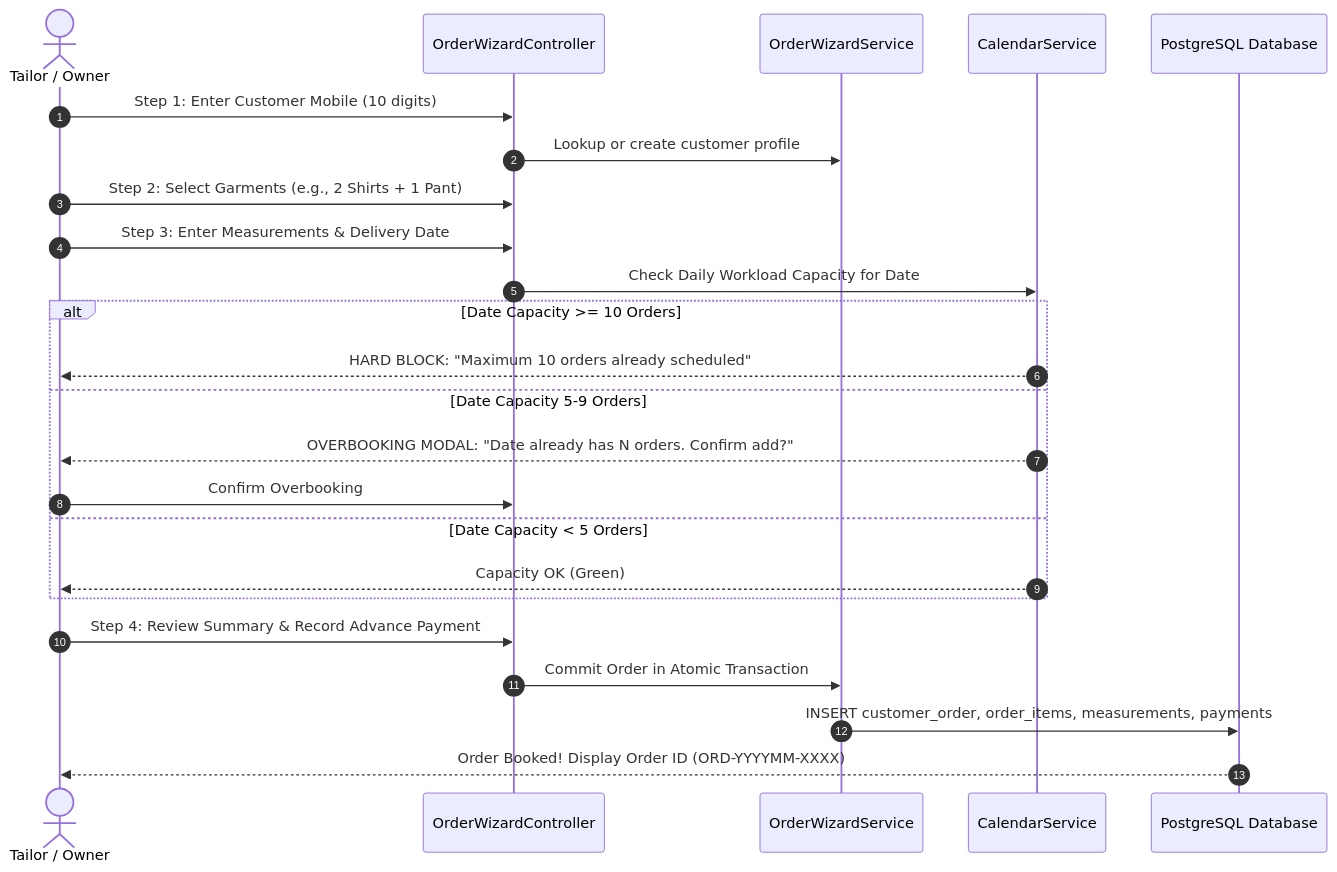
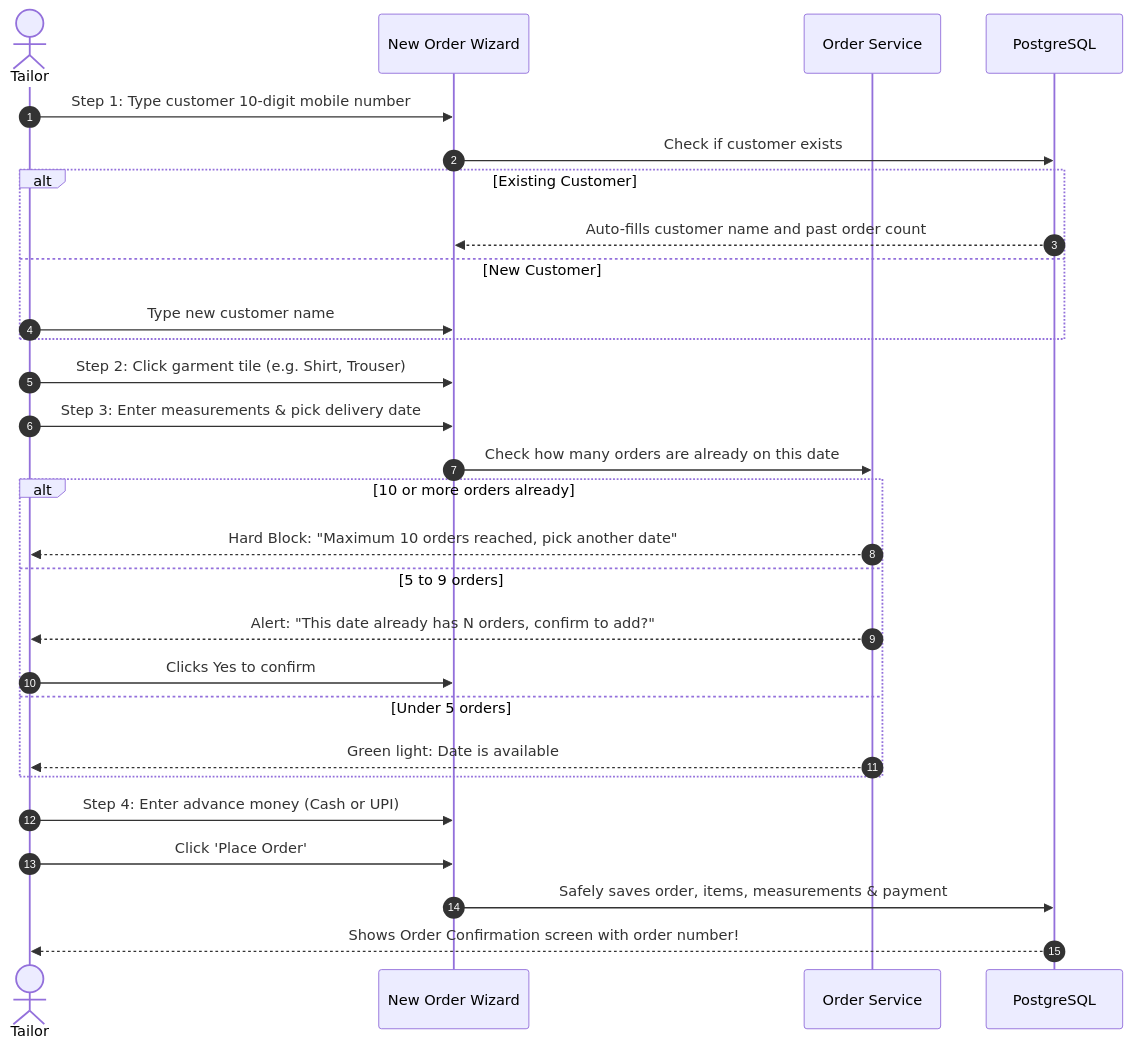
Before and after one commit to shubham-tankariya-01/geetanjali: the third of 4 diagrams in docs/02-SYSTEM_ARCHITECTURE_FLOWS_AND_ERD.md, drawn with Mermaid. The commit also changed other lines of this file and 7 other files, not shown here.

First line of the commit message:
docs: simplify documentation language and remove future roadmap

````diff
--- a/docs/02-SYSTEM_ARCHITECTURE_FLOWS_AND_ERD.md
+++ b/docs/02-SYSTEM_ARCHITECTURE_FLOWS_AND_ERD.md
@@ -212,27 +199,31 @@
 ```mermaid
 sequenceDiagram
     autonumber
-    actor Staff as Tailor / Owner
-    participant Wizard as OrderWizardController
-    participant Service as OrderWizardService
-    participant CapService as CalendarService
-    participant DB as PostgreSQL Database
+    actor Tailor
+    participant Screen as New Order Wizard
+    participant System as Order Service
+    participant Database as PostgreSQL
 
-    Staff->>Wizard: Step 1: Enter Customer Mobile (10 digits)
-    Wizard->>Service: Lookup or create customer profile
-    Staff->>Wizard: Step 2: Select Garments (e.g., 2 Shirts + 1 Pant)
-    Staff->>Wizard: Step 3: Enter Measurements & Delivery Date
-    Wizard->>CapService: Check Daily Workload Capacity for Date
-    alt Date Capacity >= 10 Orders
-        CapService-->>Staff: HARD BLOCK: "Maximum 10 orders already scheduled"
-    else Date Capacity 5-9 Orders
-        CapService-->>Staff: OVERBOOKING MODAL: "Date already has N orders. Confirm add?"
-        Staff->>Wizard: Confirm Overbooking
-    else Date Capacity < 5 Orders
-        CapService-->>Staff: Capacity OK (Green)
+    Tailor->>Screen: Step 1: Type customer 10-digit mobile number
+    Screen->>Database: Check if customer exists
+    alt Existing Customer
+        Database-->>Screen: Auto-fills customer name and past order count
+    else New Customer
+        Tailor->>Screen: Type new customer name
     end
-    Staff->>Wizard: Step 4: Review Summary & Record Advance Payment
-    Wizard->>Service: Commit Order in Atomic Transaction
-    Service->>DB: INSERT customer_order, order_items, measurements, payments
-    DB-->>Staff: Order Booked! Display Order ID (ORD-YYYYMM-XXXX)
+    Tailor->>Screen: Step 2: Click garment tile (e.g. Shirt, Trouser)
+    Tailor->>Screen: Step 3: Enter measurements & pick delivery date
+    Screen->>System: Check how many orders are already on this date
+    alt 10 or more orders already
+        System-->>Tailor: Hard Block: "Maximum 10 orders reached, pick another date"
+    else 5 to 9 orders
+        System-->>Tailor: Alert: "This date already has N orders, confirm to add?"
+        Tailor->>Screen: Clicks Yes to confirm
+    else Under 5 orders
+        System-->>Tailor: Green light: Date is available
+    end
+    Tailor->>Screen: Step 4: Enter advance money (Cash or UPI)
+    Tailor->>Screen: Click 'Place Order'
+    Screen->>Database: Safely saves order, items, measurements & payment
+    Database-->>Tailor: Shows Order Confirmation screen with order number!
 ```
````
